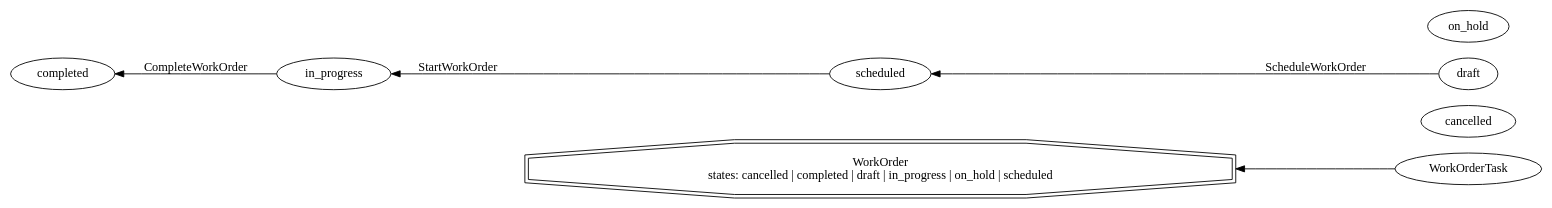
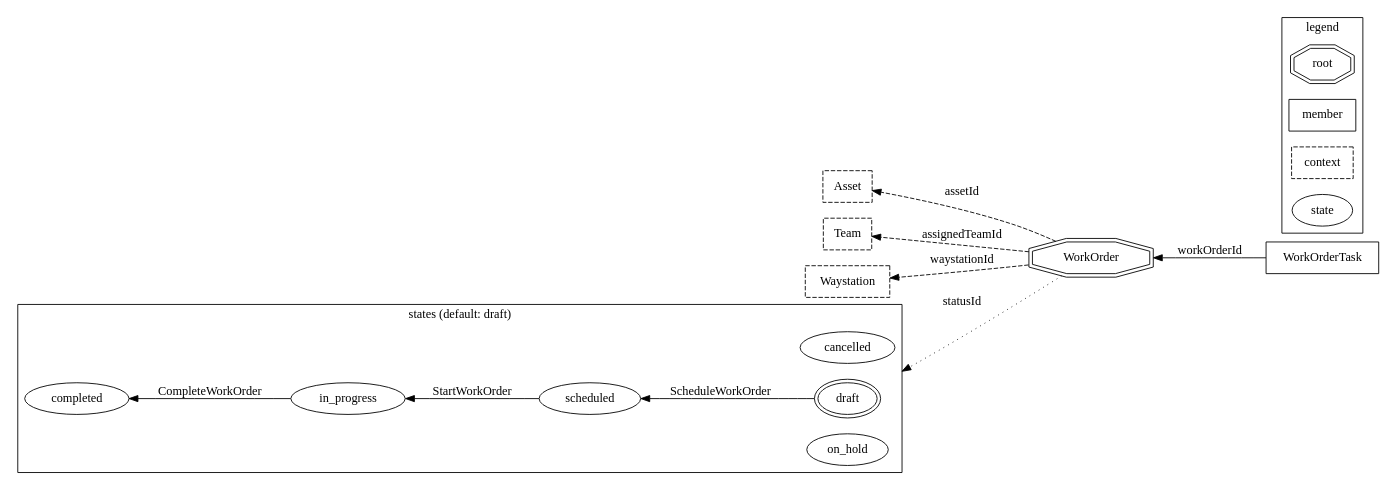
Before and after one commit to cccteam/ccc: the diagram in resource/waystation/pkg/resources/zz_gen_workflow_work_order.dot, drawn with Graphviz. The commit also changed 10 other files, not shown here.

First line of the commit message:
feature: the workflow DOT files draw the whole tree

```diff
--- a/resource/waystation/pkg/resources/zz_gen_workflow_work_order.dot
+++ b/resource/waystation/pkg/resources/zz_gen_workflow_work_order.dot
@@ -1,17 +1,42 @@
 // Code generated by resourcegeneration. DO NOT EDIT.
-// Workflow WorkOrder: membership and declared transitions (@transition).
+// Workflow WorkOrder: the full tree. Solid boxes are the root and its members, one
+// edge per hop labeled with the anchoring foreign-key field; dashed boxes are
+// the context resources workflow rows reference, the tenant record included;
+// the state cluster holds every state value (default marked) and one labeled
+// edge per declared @transition. Facts only: who may run a method or hold a
+// grant is policy (RoleConfig), never drawn here.
 digraph WorkOrderWorkflow {
 	rankdir=RL;
-	"WorkOrder" [shape=doubleoctagon, label="WorkOrder\nstates: cancelled | completed | draft | in_progress | on_hold | scheduled"];
-	"WorkOrderTask" -> "WorkOrder";
-	node [shape=ellipse];
-	"state:cancelled" [label="cancelled"];
-	"state:completed" [label="completed"];
-	"state:draft" [label="draft"];
-	"state:in_progress" [label="in_progress"];
-	"state:on_hold" [label="on_hold"];
-	"state:scheduled" [label="scheduled"];
-	"state:in_progress" -> "state:completed" [label="CompleteWorkOrder"];
-	"state:draft" -> "state:scheduled" [label="ScheduleWorkOrder"];
-	"state:scheduled" -> "state:in_progress" [label="StartWorkOrder"];
+	compound=true;
+	node [shape=box];
+	"WorkOrder" [shape=doubleoctagon];
+	"WorkOrderTask";
+	"Asset" [style=dashed];
+	"Team" [style=dashed];
+	"Waystation" [style=dashed];
+	"WorkOrderTask" -> "WorkOrder" [label="workOrderId"];
+	"WorkOrder" -> "Asset" [style=dashed, label="assetId"];
+	"WorkOrder" -> "Team" [style=dashed, label="assignedTeamId"];
+	"WorkOrder" -> "Waystation" [style=dashed, label="waystationId"];
+	subgraph cluster_states {
+		label="states (default: draft)";
+		node [shape=ellipse];
+		"state:cancelled" [label="cancelled"];
+		"state:completed" [label="completed"];
+		"state:draft" [label="draft", peripheries=2];
+		"state:in_progress" [label="in_progress"];
+		"state:on_hold" [label="on_hold"];
+		"state:scheduled" [label="scheduled"];
+		"state:in_progress" -> "state:completed" [label="CompleteWorkOrder"];
+		"state:draft" -> "state:scheduled" [label="ScheduleWorkOrder"];
+		"state:scheduled" -> "state:in_progress" [label="StartWorkOrder"];
+	}
+	"WorkOrder" -> "state:draft" [lhead="cluster_states", style=dotted, label="statusId"];
+	subgraph cluster_legend {
+		label="legend";
+		"root" [shape=doubleoctagon];
+		"member" [shape=box];
+		"context" [shape=box, style=dashed];
+		"state" [shape=ellipse];
+	}
 }
```
